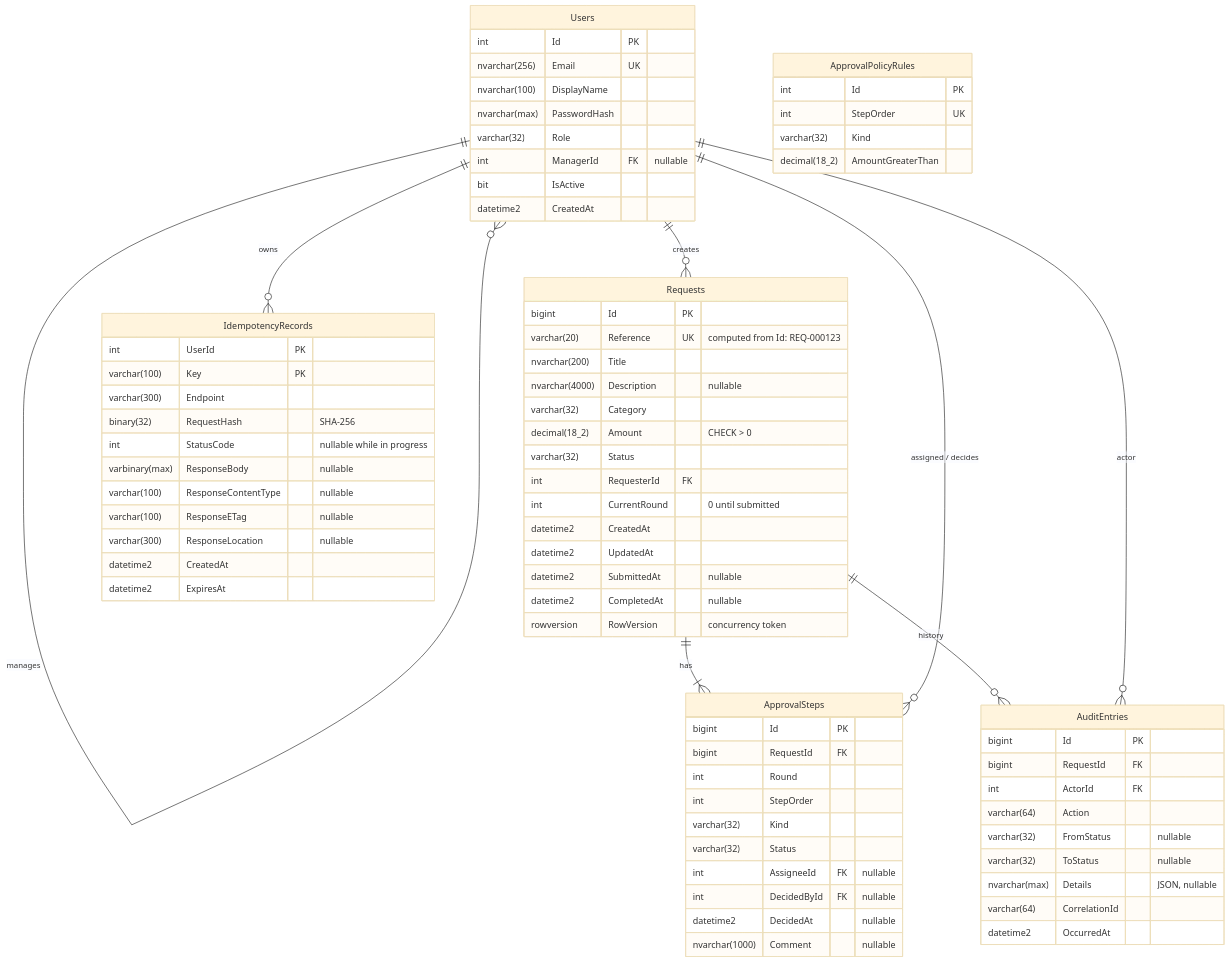
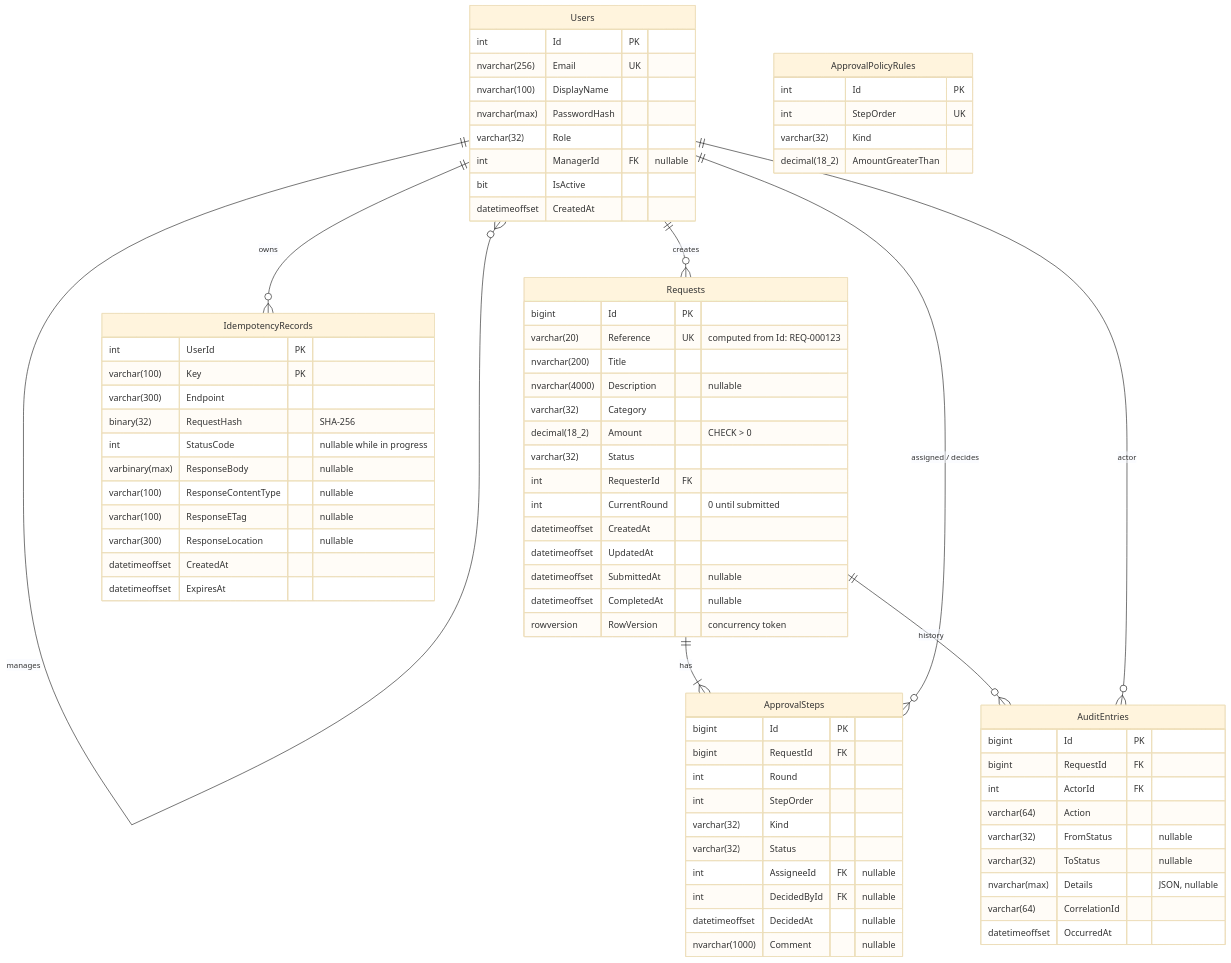
Before and after one commit to silverricardo/opsflow-api: the third of 3 diagrams in docs/design.md, drawn with Mermaid (base theme). The commit also changed other lines of this file and 45 other files, not shown here.

````diff
--- a/docs/design.md
+++ b/docs/design.md
@@ -96,79 +96,79 @@
 ```mermaid
 erDiagram
     Users ||--o{ Users : "manages"
     Users ||--o{ Requests : "creates"
     Requests ||--|{ ApprovalSteps : "has"
     Users ||--o{ ApprovalSteps : "assigned / decides"
     Requests ||--o{ AuditEntries : "history"
     Users ||--o{ AuditEntries : "actor"
     Users ||--o{ IdempotencyRecords : "owns"
 
     Users {
         int Id PK
         nvarchar(256) Email UK
         nvarchar(100) DisplayName
         nvarchar(max) PasswordHash
         varchar(32) Role
         int ManagerId FK "nullable"
         bit IsActive
-        datetime2 CreatedAt
+        datetimeoffset CreatedAt
     }
     Requests {
         bigint Id PK
         varchar(20) Reference UK "computed from Id: REQ-000123"
         nvarchar(200) Title
         nvarchar(4000) Description "nullable"
         varchar(32) Category
         decimal(18_2) Amount "CHECK > 0"
         varchar(32) Status
         int RequesterId FK
         int CurrentRound "0 until submitted"
-        datetime2 CreatedAt
-        datetime2 UpdatedAt
-        datetime2 SubmittedAt "nullable"
-        datetime2 CompletedAt "nullable"
+        datetimeoffset CreatedAt
+        datetimeoffset UpdatedAt
+        datetimeoffset SubmittedAt "nullable"
+        datetimeoffset CompletedAt "nullable"
         rowversion RowVersion "concurrency token"
     }
     ApprovalSteps {
         bigint Id PK
         bigint RequestId FK
         int Round
         int StepOrder
         varchar(32) Kind
         varchar(32) Status
         int AssigneeId FK "nullable"
         int DecidedById FK "nullable"
-        datetime2 DecidedAt "nullable"
+        datetimeoffset DecidedAt "nullable"
         nvarchar(1000) Comment "nullable"
     }
     ApprovalPolicyRules {
         int Id PK
         int StepOrder UK
         varchar(32) Kind
         decimal(18_2) AmountGreaterThan
     }
     AuditEntries {
         bigint Id PK
         bigint RequestId FK
         int ActorId FK
         varchar(64) Action
         varchar(32) FromStatus "nullable"
         varchar(32) ToStatus "nullable"
         nvarchar(max) Details "JSON, nullable"
         varchar(64) CorrelationId
-        datetime2 OccurredAt
+        datetimeoffset OccurredAt
     }
     IdempotencyRecords {
         int UserId PK
         varchar(100) Key PK
         varchar(300) Endpoint
         binary(32) RequestHash "SHA-256"
         int StatusCode "nullable while in progress"
         varbinary(max) ResponseBody "nullable"
         varchar(100) ResponseContentType "nullable"
         varchar(100) ResponseETag "nullable"
         varchar(300) ResponseLocation "nullable"
-        datetime2 CreatedAt
-        datetime2 ExpiresAt
+        datetimeoffset CreatedAt
+        datetimeoffset ExpiresAt
     }
 ```
````
